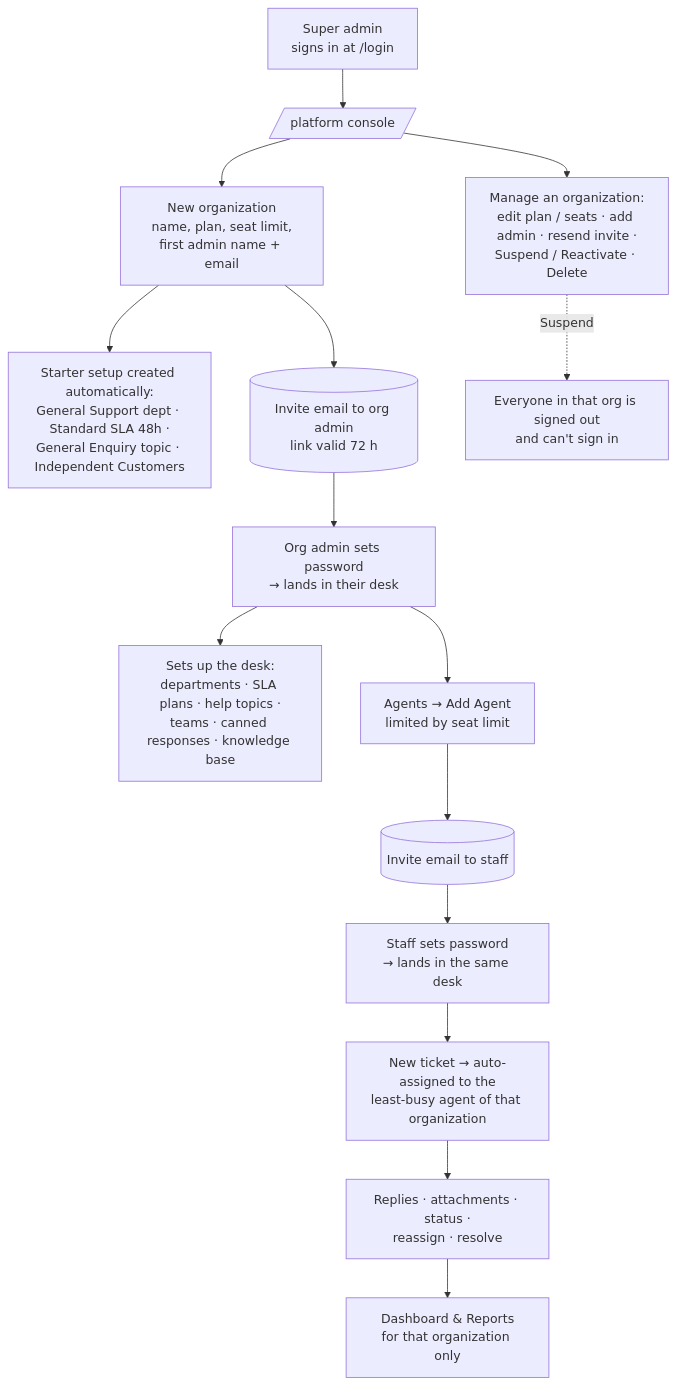
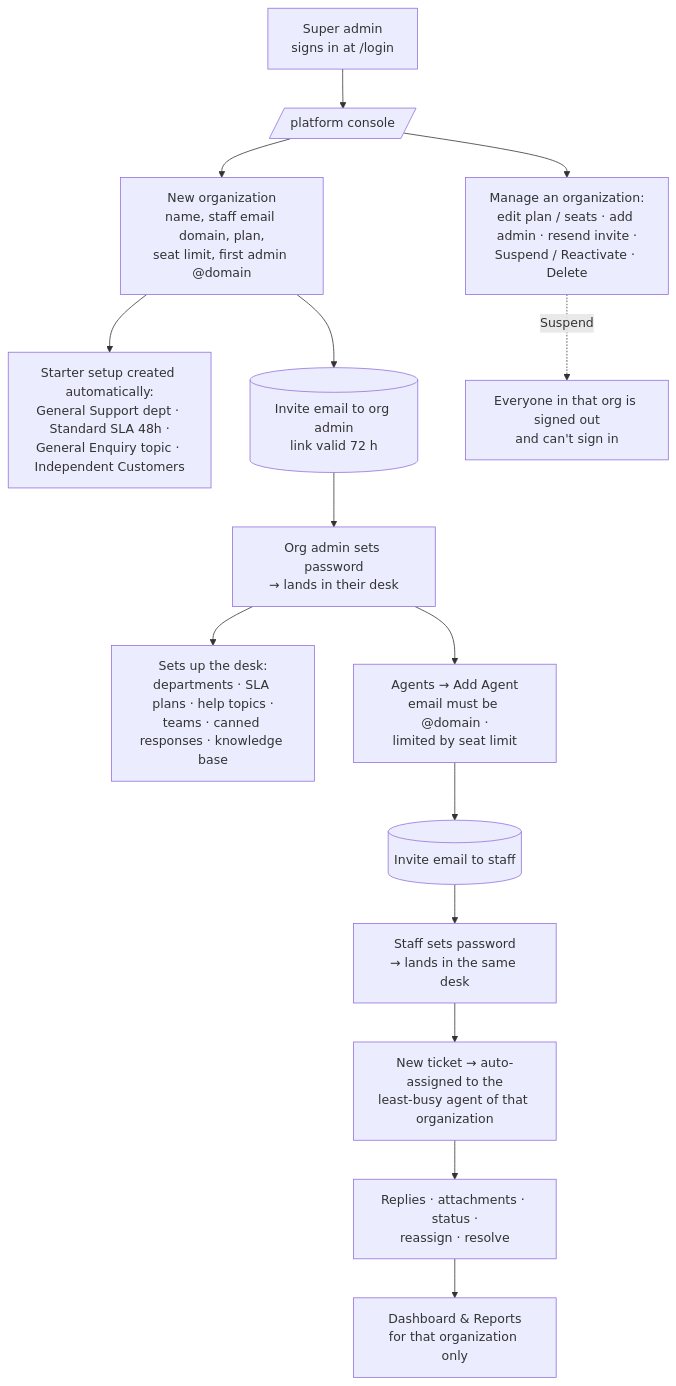
Before and after one commit to Muhammad-Irfan01/task-tracking: the diagram in docs/PRODUCTION_TESTING.md, drawn with Mermaid. The commit also changed other lines of this file and 17 other files, not shown here.

First line of the commit message:
Give each organization a staff email domain

````diff
--- a/docs/PRODUCTION_TESTING.md
+++ b/docs/PRODUCTION_TESTING.md
@@ -21,20 +30,20 @@
 ```mermaid
 flowchart TD
     SA[Super admin<br/>signs in at /login] --> P[/platform console/]
-    P --> C[New organization<br/>name, plan, seat limit,<br/>first admin name + email]
+    P --> C[New organization<br/>name, staff email domain, plan,<br/>seat limit, first admin @domain]
     C --> AUTO[Starter setup created automatically:<br/>General Support dept · Standard SLA 48h ·<br/>General Enquiry topic · Independent Customers]
     C --> INV1[(Invite email to org admin<br/>link valid 72 h)]
     INV1 --> OA[Org admin sets password<br/>→ lands in their desk]
 
     OA --> SETUP[Sets up the desk:<br/>departments · SLA plans · help topics ·<br/>teams · canned responses · knowledge base]
-    OA --> ADD[Agents → Add Agent<br/>limited by seat limit]
+    OA --> ADD[Agents → Add Agent<br/>email must be @domain ·<br/>limited by seat limit]
     ADD --> INV2[(Invite email to staff)]
     INV2 --> ST[Staff sets password<br/>→ lands in the same desk]
 
     ST --> T1[New ticket → auto-assigned to the<br/>least-busy agent of that organization]
     T1 --> T2[Replies · attachments · status ·<br/>reassign · resolve]
     T2 --> R[Dashboard & Reports<br/>for that organization only]
 
     P --> MANAGE[Manage an organization:<br/>edit plan / seats · add admin · resend invite ·<br/>Suspend / Reactivate · Delete]
     MANAGE -. Suspend .-> OFF[Everyone in that org is signed out<br/>and can't sign in]
 ```
````
